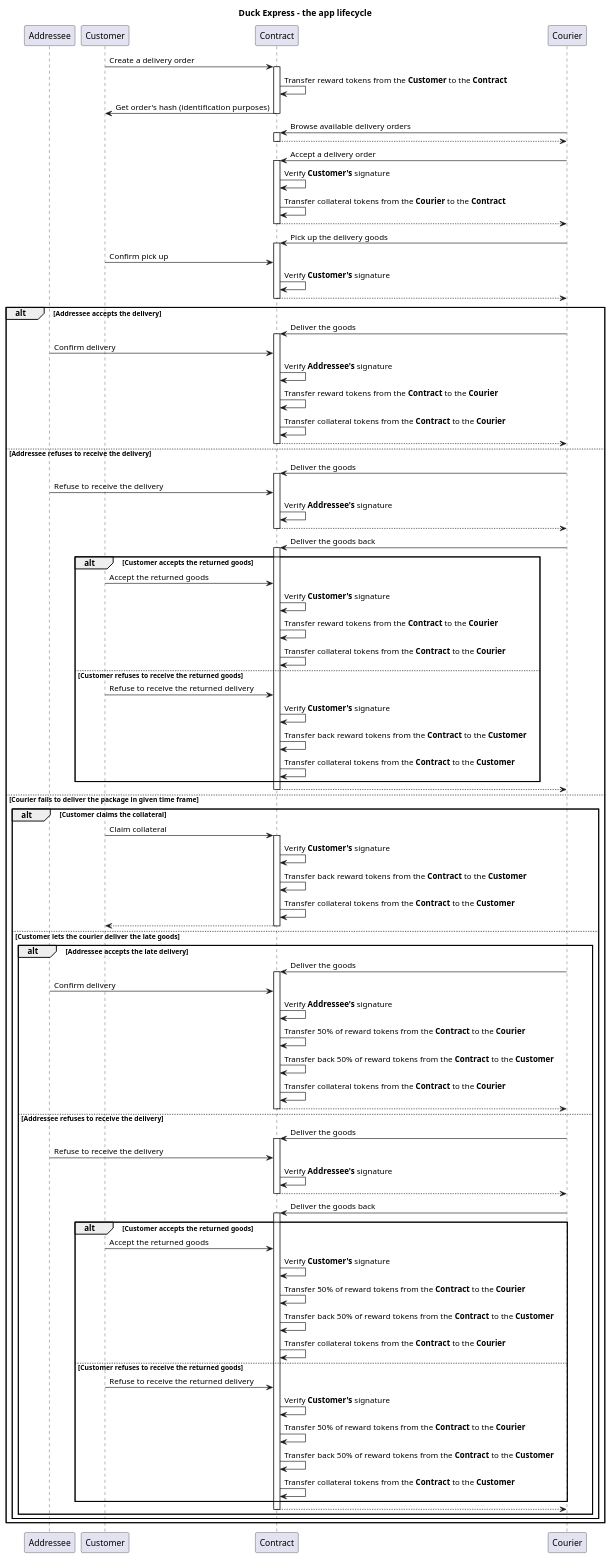
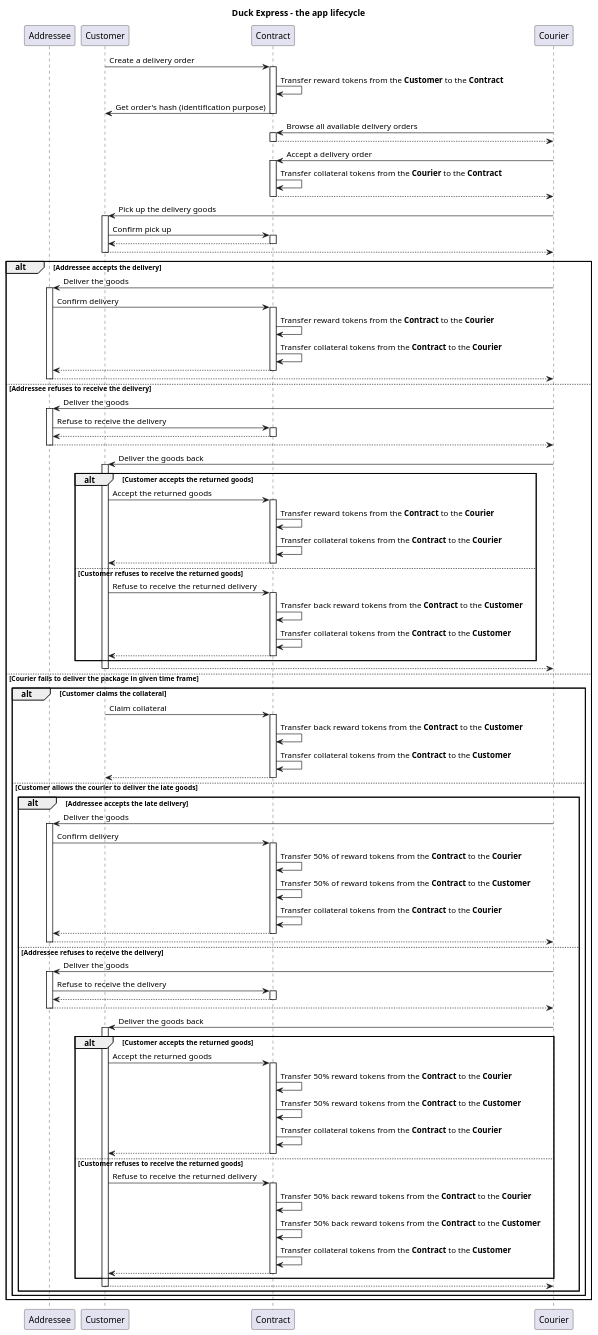
The diagram in docs/lifecycle.puml (duckception/dissertation), drawn with PlantUML before and after one commit.

Commit message:
Update lifecycle diagram

```diff
--- a/docs/lifecycle.puml
+++ b/docs/lifecycle.puml
@@ -1,105 +1,112 @@
 @startuml
 title Duck Express - the app lifecycle
 
 participant "Addressee" as addressee
 participant "Customer" as customer
 participant "Contract" as contract
 participant "Courier" as courier
 
 customer -> contract: Create a delivery order
 activate contract
 contract -> contract: Transfer reward tokens from the <b>Customer</b> to the <b>Contract</b>
-contract -> customer: Get order's hash (identification purposes)
+contract -> customer: Get order's hash (identification purpose)
 deactivate
 
-courier -> contract: Browse available delivery orders
+courier -> contract: Browse all available delivery orders
 activate contract
 return
 
 courier -> contract: Accept a delivery order
 activate contract
-contract -> contract: Verify <b>Customer's</b> signature
 contract -> contract: Transfer collateral tokens from the <b>Courier</b> to the <b>Contract</b>
 return
 
-courier -> contract: Pick up the delivery goods
+courier -> customer: Pick up the delivery goods
+activate customer
+customer -> contract: Confirm pick up
 activate contract
-customer -> contract: Confirm pick up
-contract -> contract: Verify <b>Customer's</b> signature
+return
 return
 
 alt Addressee accepts the delivery
-  courier -> contract: Deliver the goods
+  courier -> addressee: Deliver the goods
+  activate addressee
+  addressee -> contract: Confirm delivery
   activate contract
-  addressee -> contract: Confirm delivery
-  contract -> contract: Verify <b>Addressee's</b> signature
   contract -> contract: Transfer reward tokens from the <b>Contract</b> to the <b>Courier</b>
   contract -> contract: Transfer collateral tokens from the <b>Contract</b> to the <b>Courier</b>
   return
+  return
 else Addressee refuses to receive the delivery
-  courier -> contract: Deliver the goods
+  courier -> addressee: Deliver the goods
+  activate addressee
+  addressee -> contract: Refuse to receive the delivery
   activate contract
-  addressee -> contract: Refuse to receive the delivery
-  contract -> contract: Verify <b>Addressee's</b> signature
+  return
   return
 
-  courier -> contract: Deliver the goods back
-  activate contract
+  courier -> customer: Deliver the goods back
+  activate customer
   alt Customer accepts the returned goods
     customer -> contract: Accept the returned goods
-    contract -> contract: Verify <b>Customer's</b> signature
+    activate contract
     contract -> contract: Transfer reward tokens from the <b>Contract</b> to the <b>Courier</b>
     contract -> contract: Transfer collateral tokens from the <b>Contract</b> to the <b>Courier</b>
+    return
   else Customer refuses to receive the returned goods
     customer -> contract: Refuse to receive the returned delivery
-    contract -> contract: Verify <b>Customer's</b> signature
+    activate contract
     contract -> contract: Transfer back reward tokens from the <b>Contract</b> to the <b>Customer</b>
     contract -> contract: Transfer collateral tokens from the <b>Contract</b> to the <b>Customer</b>
+    return
   end
   return
 else Courier fails to deliver the package in given time frame
   alt Customer claims the collateral
     customer -> contract: Claim collateral
     activate contract
-    contract -> contract: Verify <b>Customer's</b> signature
     contract -> contract: Transfer back reward tokens from the <b>Contract</b> to the <b>Customer</b>
     contract -> contract: Transfer collateral tokens from the <b>Contract</b> to the <b>Customer</b>
     return
-  else Customer lets the courier deliver the late goods
+  else Customer allows the courier to deliver the late goods
     alt Addressee accepts the late delivery
-      courier -> contract: Deliver the goods
+      courier -> addressee: Deliver the goods
+      activate addressee
+      addressee -> contract: Confirm delivery
       activate contract
-      addressee -> contract: Confirm delivery
-      contract -> contract: Verify <b>Addressee's</b> signature
       contract -> contract: Transfer 50% of reward tokens from the <b>Contract</b> to the <b>Courier</b>
-      contract -> contract: Transfer back 50% of reward tokens from the <b>Contract</b> to the <b>Customer</b>
+      contract -> contract: Transfer 50% of reward tokens from the <b>Contract</b> to the <b>Customer</b>
       contract -> contract: Transfer collateral tokens from the <b>Contract</b> to the <b>Courier</b>
       return
+      return
     else Addressee refuses to receive the delivery
-      courier -> contract: Deliver the goods
+      courier -> addressee: Deliver the goods
+      activate addressee
+      addressee -> contract: Refuse to receive the delivery
       activate contract
-      addressee -> contract: Refuse to receive the delivery
-      contract -> contract: Verify <b>Addressee's</b> signature
+      return
       return
 
-      courier -> contract: Deliver the goods back
-      activate contract
+      courier -> customer: Deliver the goods back
+      activate customer
       alt Customer accepts the returned goods
         customer -> contract: Accept the returned goods
-        contract -> contract: Verify <b>Customer's</b> signature
-        contract -> contract: Transfer 50% of reward tokens from the <b>Contract</b> to the <b>Courier</b>
-        contract -> contract: Transfer back 50% of reward tokens from the <b>Contract</b> to the <b>Customer</b>
+        activate contract
+        contract -> contract: Transfer 50% reward tokens from the <b>Contract</b> to the <b>Courier</b>
+        contract -> contract: Transfer 50% reward tokens from the <b>Contract</b> to the <b>Customer</b>
         contract -> contract: Transfer collateral tokens from the <b>Contract</b> to the <b>Courier</b>
+        return
       else Customer refuses to receive the returned goods
         customer -> contract: Refuse to receive the returned delivery
-        contract -> contract: Verify <b>Customer's</b> signature
-        contract -> contract: Transfer 50% of reward tokens from the <b>Contract</b> to the <b>Courier</b>
-        contract -> contract: Transfer back 50% of reward tokens from the <b>Contract</b> to the <b>Customer</b>
+        activate contract
+        contract -> contract: Transfer 50% back reward tokens from the <b>Contract</b> to the <b>Courier</b>
+        contract -> contract: Transfer 50% back reward tokens from the <b>Contract</b> to the <b>Customer</b>
         contract -> contract: Transfer collateral tokens from the <b>Contract</b> to the <b>Customer</b>
+        return
       end
       return
     end
   end
 end
 
 @enduml
```
